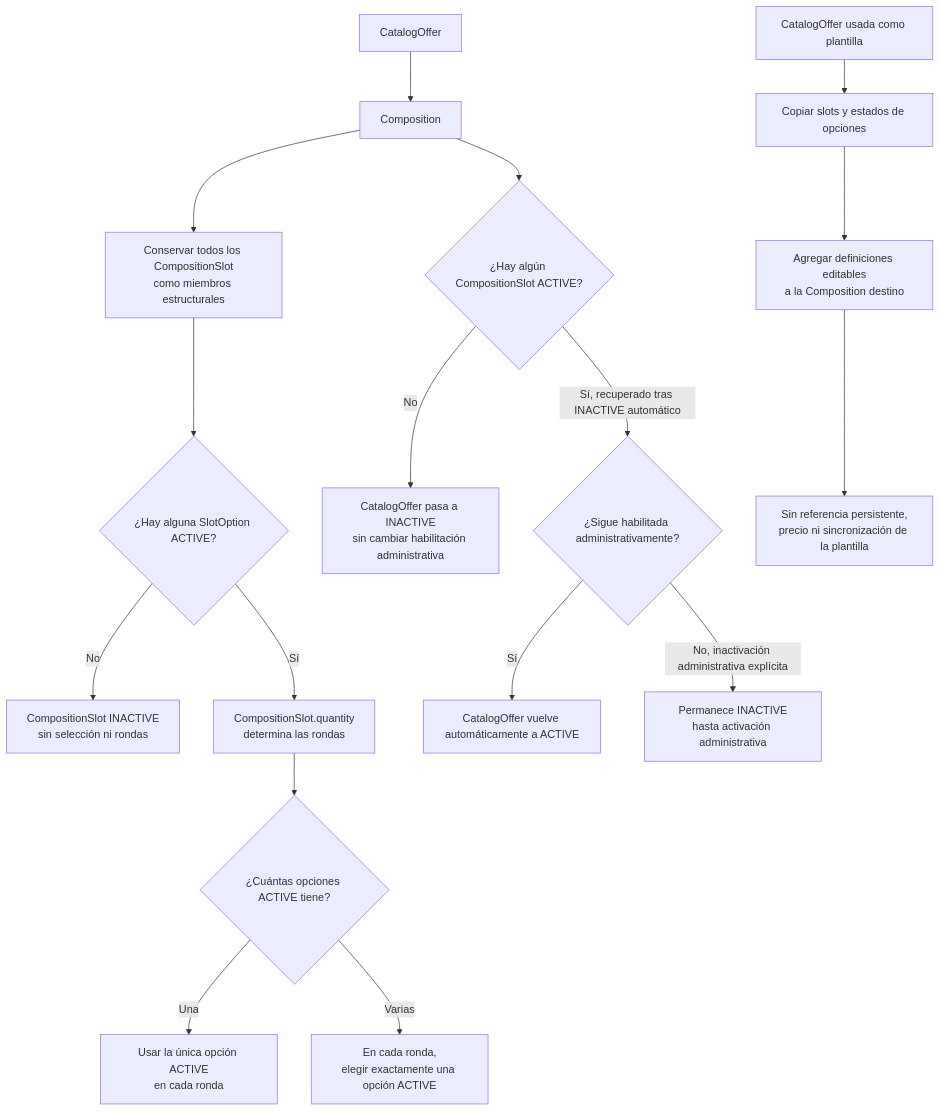
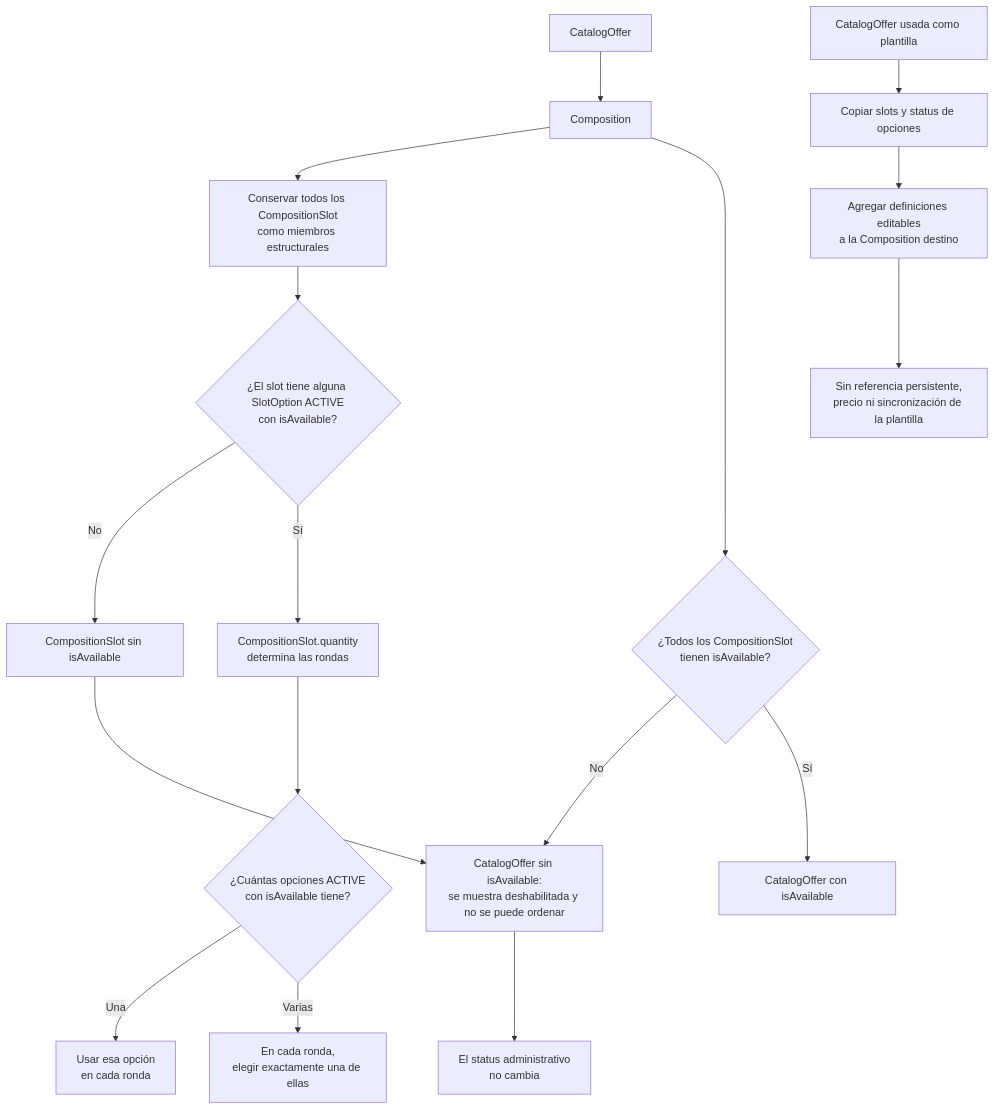
The fourth of 5 diagrams in docs/ers/architechture.md (FMAT-Restaurant/Menu-Documentation), drawn with Mermaid before and after one commit. The commit also changed other lines of this file and 10 other files, not shown here.

First line of the commit message:
docs(ers): estado administrativo y disponibilidad, eventos con Inventario y receta vigente (2.2.0, 2.3.0)

````diff
--- a/docs/ers/architechture.md
+++ b/docs/ers/architechture.md
@@ -236,20 +238,20 @@
 ```mermaid
 flowchart TB
     Offer["CatalogOffer"] --> Composition["Composition"]
     Composition --> AllSlots["Conservar todos los CompositionSlot<br/>como miembros estructurales"]
-    AllSlots --> SlotStatus{"¿Hay alguna SlotOption ACTIVE?"}
-    SlotStatus -->|No| InactiveSlot["CompositionSlot INACTIVE<br/>sin selección ni rondas"]
-    SlotStatus -->|Sí| Rounds["CompositionSlot.quantity<br/>determina las rondas"]
-    Rounds --> Count{"¿Cuántas opciones ACTIVE tiene?"}
-    Count -->|Una| Default["Usar la única opción ACTIVE<br/>en cada ronda"]
-    Count -->|Varias| Choice["En cada ronda,<br/>elegir exactamente una opción ACTIVE"]
-    Composition --> ActiveSlots{"¿Hay algún CompositionSlot ACTIVE?"}
-    ActiveSlots -->|No| DeactivateOffer["CatalogOffer pasa a INACTIVE<br/>sin cambiar habilitación administrativa"]
-    ActiveSlots -->|Sí, recuperado tras INACTIVE automático| AdminEnabled{"¿Sigue habilitada administrativamente?"}
-    AdminEnabled -->|Sí| ReactivateOffer["CatalogOffer vuelve automáticamente a ACTIVE"]
-    AdminEnabled -->|No, inactivación administrativa explícita| KeepInactive["Permanece INACTIVE<br/>hasta activación administrativa"]
+    AllSlots --> SlotAvailable{"¿El slot tiene alguna SlotOption ACTIVE<br/>con isAvailable?"}
+    SlotAvailable -->|No| UnavailableSlot["CompositionSlot sin isAvailable"]
+    SlotAvailable -->|Sí| Rounds["CompositionSlot.quantity<br/>determina las rondas"]
+    Rounds --> Count{"¿Cuántas opciones ACTIVE<br/>con isAvailable tiene?"}
+    Count -->|Una| Default["Usar esa opción<br/>en cada ronda"]
+    Count -->|Varias| Choice["En cada ronda,<br/>elegir exactamente una de ellas"]
+    UnavailableSlot --> UnavailableOffer["CatalogOffer sin isAvailable:<br/>se muestra deshabilitada y no se puede ordenar"]
+    Composition --> AllAvailable{"¿Todos los CompositionSlot<br/>tienen isAvailable?"}
+    AllAvailable -->|No| UnavailableOffer
+    AllAvailable -->|Sí| AvailableOffer["CatalogOffer con isAvailable"]
+    UnavailableOffer --> KeepStatus["El status administrativo<br/>no cambia"]
 
-    Template["CatalogOffer usada como plantilla"] --> Copy["Copiar slots y estados de opciones"]
+    Template["CatalogOffer usada como plantilla"] --> Copy["Copiar slots y status de opciones"]
     Copy --> Destination["Agregar definiciones editables<br/>a la Composition destino"]
     Destination --> Independent["Sin referencia persistente,<br/>precio ni sincronización de la plantilla"]
 ```
````
